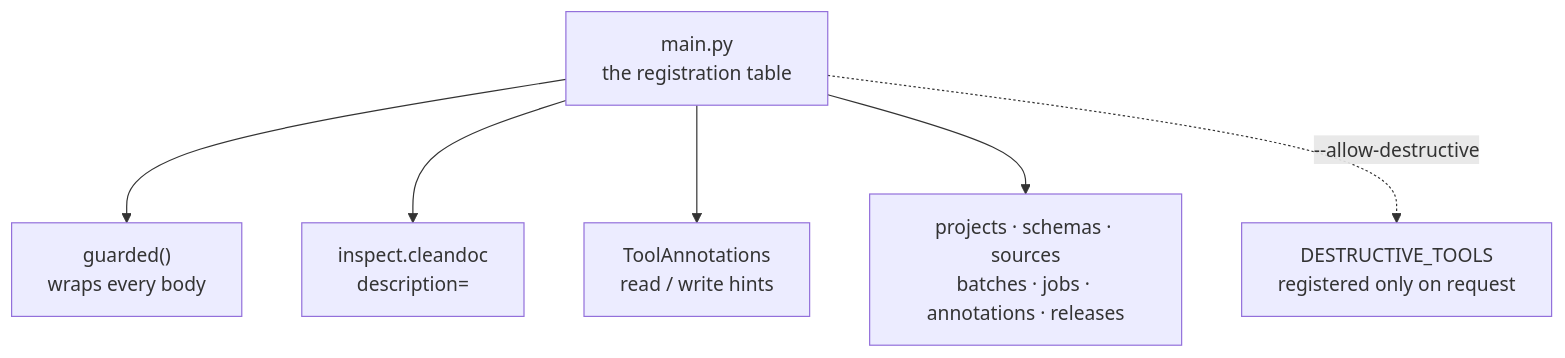
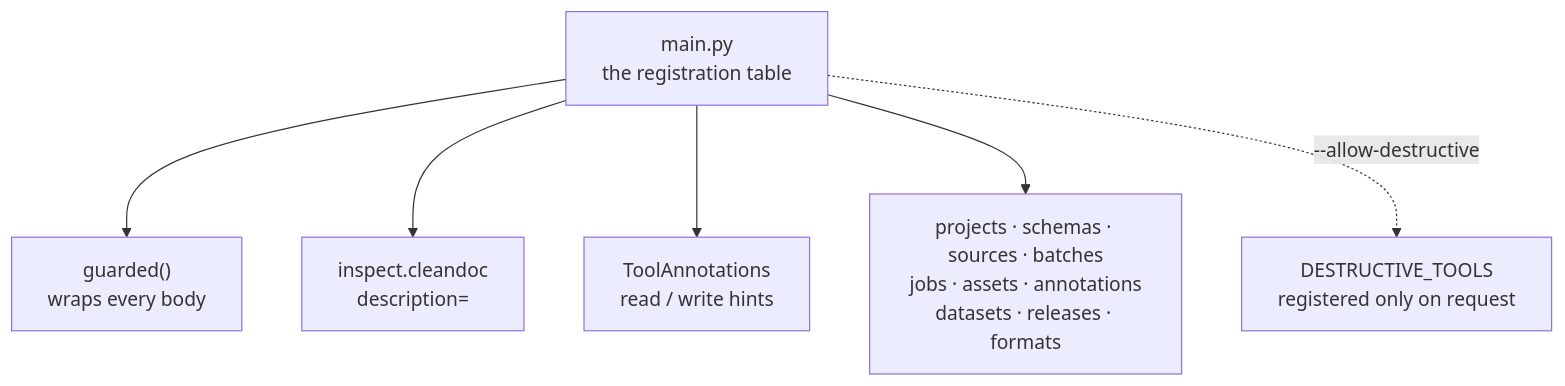
The diagram in docs/architecture/backend/mcp.md (Robomous/VisionSet), drawn with Mermaid before and after one commit. The commit also changed 25 other files, not shown here.

First line of the commit message:
docs: architecture and user documentation audit (#533)

````diff
--- a/docs/architecture/backend/mcp.md
+++ b/docs/architecture/backend/mcp.md
@@ -9,15 +9,15 @@
 ```mermaid
 flowchart TB
     Main["main.py<br/>the registration table"]
     Guard["guarded()<br/>wraps every body"]
     Doc["inspect.cleandoc<br/>description="]
     Ann["ToolAnnotations<br/>read / write hints"]
-    Tools["projects · schemas · sources<br/>batches · jobs · annotations · releases"]
+    Tools["projects · schemas · sources · batches<br/>jobs · assets · annotations<br/>datasets · releases · formats"]
     Dtools["DESTRUCTIVE_TOOLS<br/>registered only on request"]
 
     Main --> Guard
     Main --> Doc
     Main --> Ann
     Main --> Tools
     Main -.->|--allow-destructive| Dtools
 ```
````
